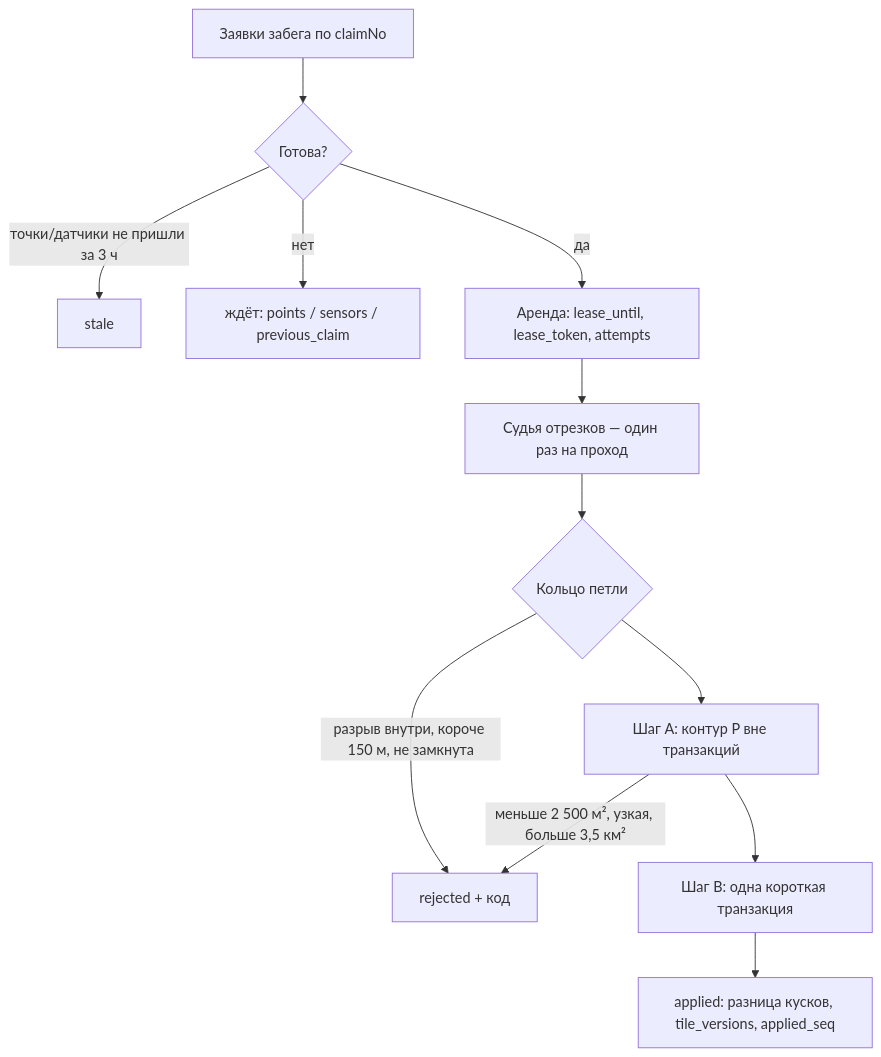
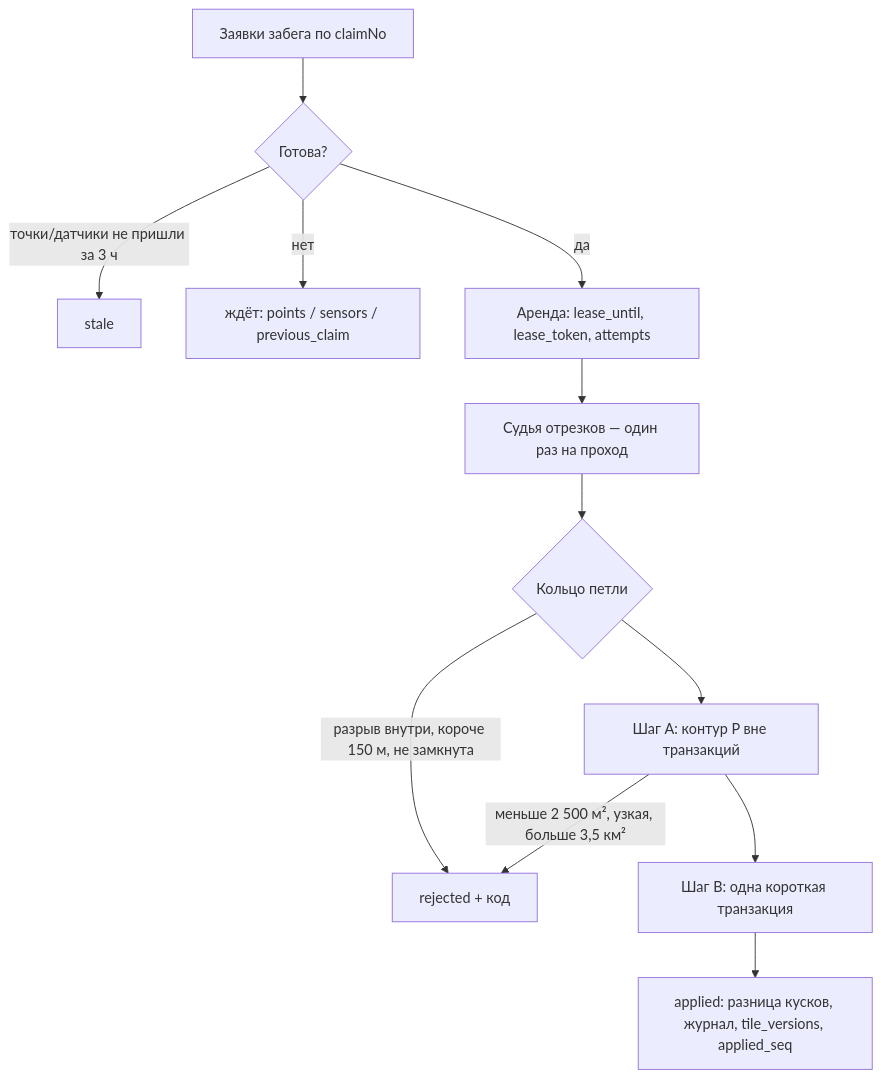
Before and after one commit to Nikich196/gorodki: the diagram in docs/architecture/captures.md, drawn with Mermaid. The commit also changed other lines of this file and 16 other files, not shown here.

````diff
--- a/docs/architecture/captures.md
+++ b/docs/architecture/captures.md
@@ -38,14 +38,14 @@
 ```mermaid
 flowchart TD
     A[Заявки забега по claimNo] --> B{Готова?}
     B -- "точки/датчики не пришли за 3 ч" --> S[stale]
     B -- нет --> W[ждёт: points / sensors / previous_claim]
     B -- да --> L[Аренда: lease_until, lease_token, attempts]
     L --> J[Судья отрезков — один раз на проход]
     J --> R{Кольцо петли}
     R -- "разрыв внутри, короче 150 м, не замкнута" --> X[rejected + код]
     R --> A1[Шаг A: контур P вне транзакций]
     A1 -- "меньше 2 500 м², узкая, больше 3,5 км²" --> X
     A1 --> B1[Шаг B: одна короткая транзакция]
-    B1 --> OK[applied: разница кусков, tile_versions, applied_seq]
+    B1 --> OK[applied: разница кусков, журнал, tile_versions, applied_seq]
 ```
````
